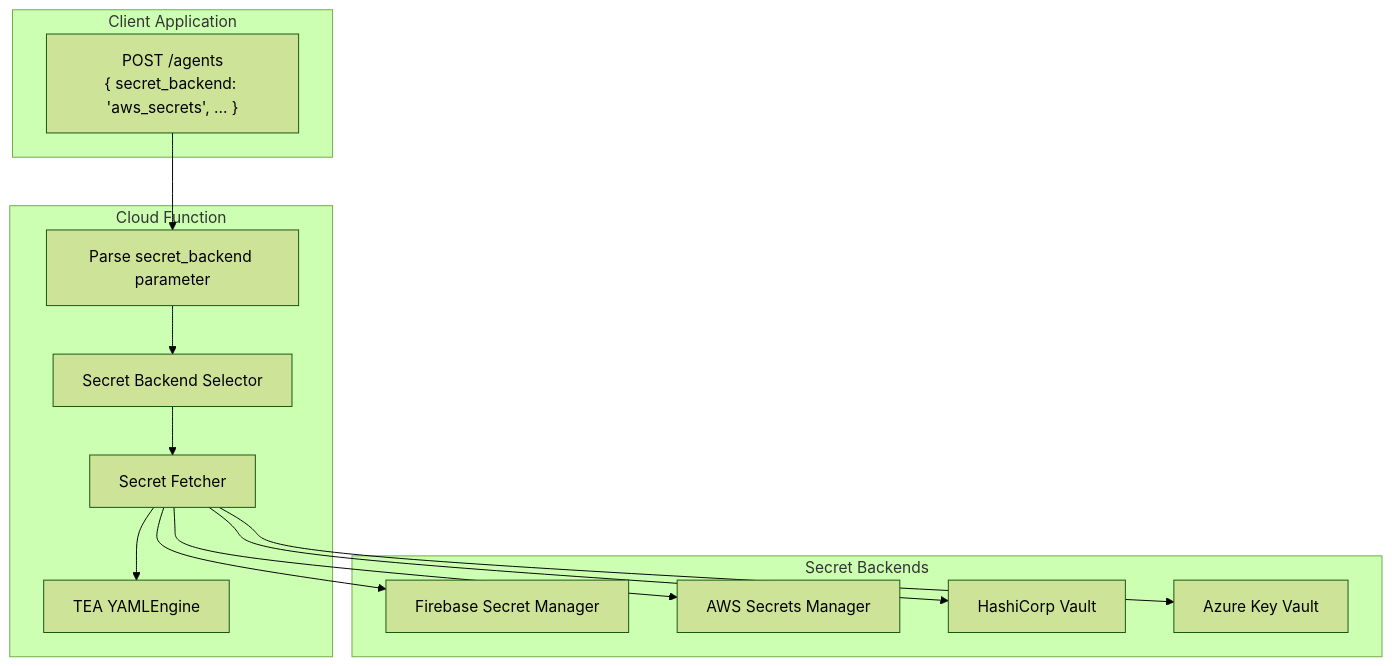
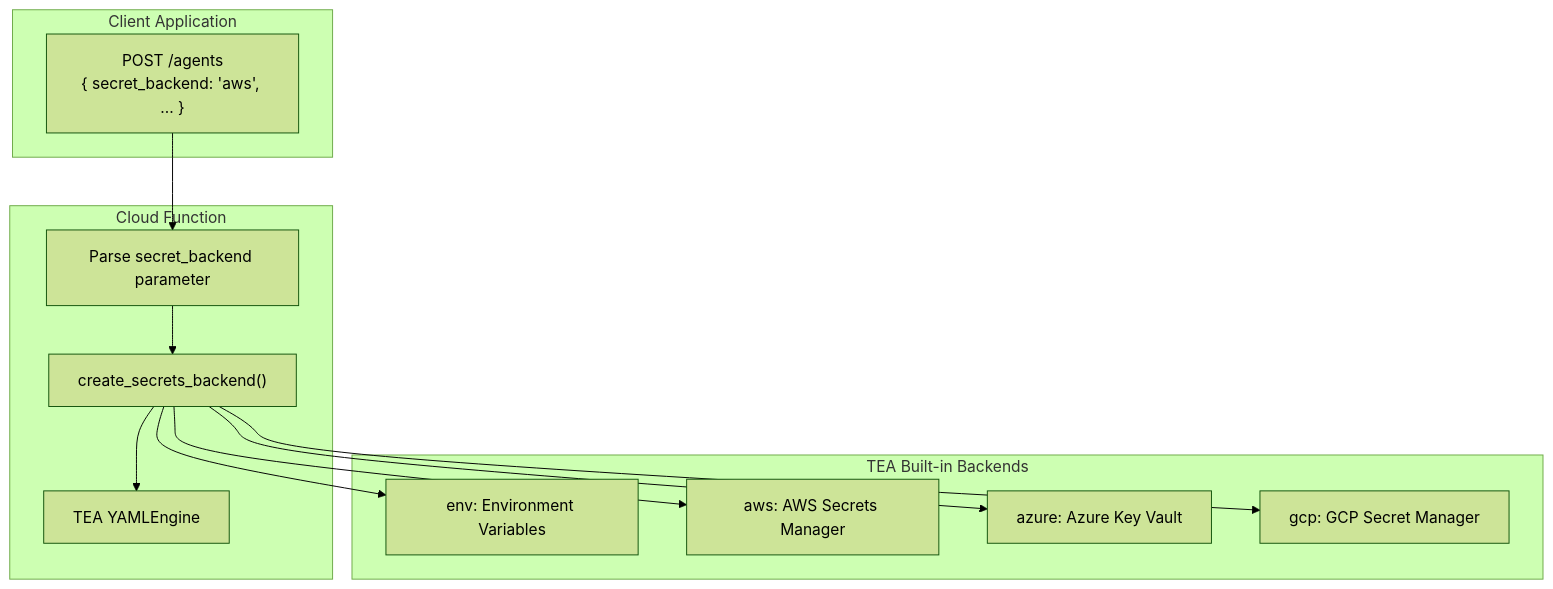
One commit to fabceolin/the_edge_agent changed the diagram in docs/articles/runtime-backend-selection.md. Above: the diagram before and after it, drawn with Mermaid (forest theme). The commit also changed other lines of this file, not shown here.

Commit message:
docs: simplify runtime backend selection article to use TEA built-in secret backends, remove custom implementation code, update examples for env/aws/azure/gcp backends - docs/articles/runtime-backend-selection.md

````diff
--- a/docs/articles/runtime-backend-selection.md
+++ b/docs/articles/runtime-backend-selection.md
@@ -32,29 +40,27 @@
 ```mermaid
 flowchart TB
     subgraph Client["Client Application"]
-        Request["POST /agents<br/>{ secret_backend: 'aws_secrets', ... }"]
+        Request["POST /agents<br/>{ secret_backend: 'aws', ... }"]
     end
 
     subgraph CloudFunction["Cloud Function"]
         Parser["Parse secret_backend parameter"]
-        Selector["Secret Backend Selector"]
-        Fetcher["Secret Fetcher"]
+        Factory["create_secrets_backend()"]
         TEA["TEA YAMLEngine"]
     end
 
-    subgraph SecretBackends["Secret Backends"]
-        Firebase["Firebase Secret Manager"]
-        AWS["AWS Secrets Manager"]
-        Vault["HashiCorp Vault"]
-        Azure["Azure Key Vault"]
+    subgraph SecretBackends["TEA Built-in Backends"]
+        Env["env: Environment Variables"]
+        AWS["aws: AWS Secrets Manager"]
+        Azure["azure: Azure Key Vault"]
+        GCP["gcp: GCP Secret Manager"]
     end
 
     Request --> Parser
-    Parser --> Selector
-    Selector --> Fetcher
-    Fetcher --> Firebase
-    Fetcher --> AWS
-    Fetcher --> Vault
-    Fetcher --> Azure
-    Fetcher --> TEA
+    Parser --> Factory
+    Factory --> Env
+    Factory --> AWS
+    Factory --> Azure
+    Factory --> GCP
+    Factory --> TEA
 ```
````
